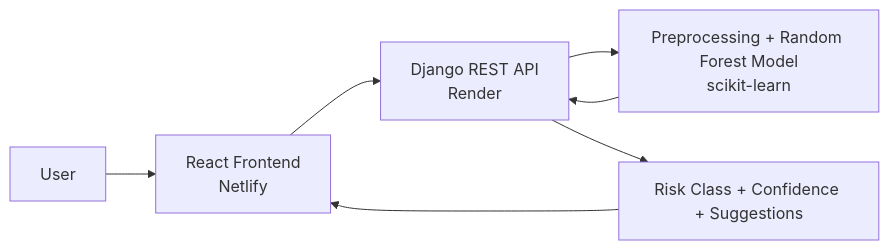
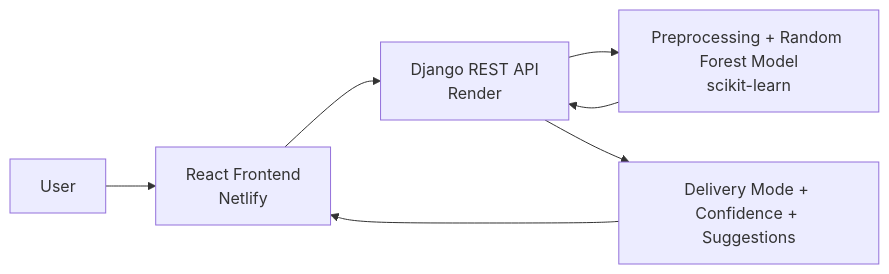
The diagram in README.md (bbalasubramani/BirthSense-Final-Year-Project), drawn with Mermaid before and after one commit. The commit also changed other lines of this file, not shown here.

First line of the commit message:
Revise README for childbirth delivery mode prediction

````diff
--- a/README.md
+++ b/README.md
@@ -57,9 +57,9 @@
 ```mermaid
 flowchart LR
     A[User] --> B[React Frontend\nNetlify]
     B --> C[Django REST API\nRender]
     C --> D[Preprocessing + Random Forest Model\nscikit-learn]
     D --> C
-    C --> E[Risk Class + Confidence + Suggestions]
+    C --> E[Delivery Mode + Confidence + Suggestions]
     E --> B
 ```
````
